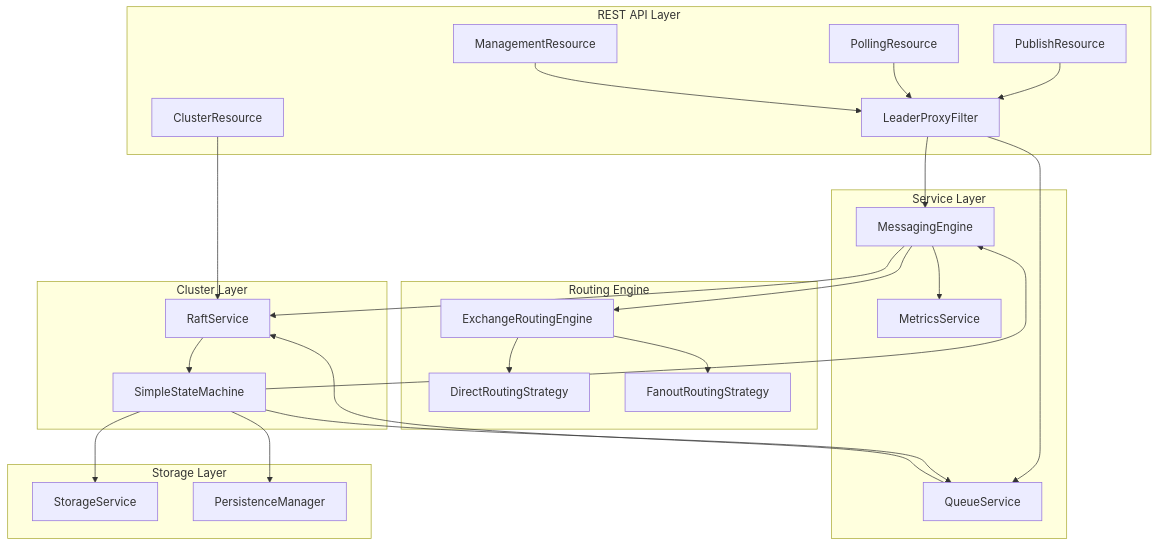
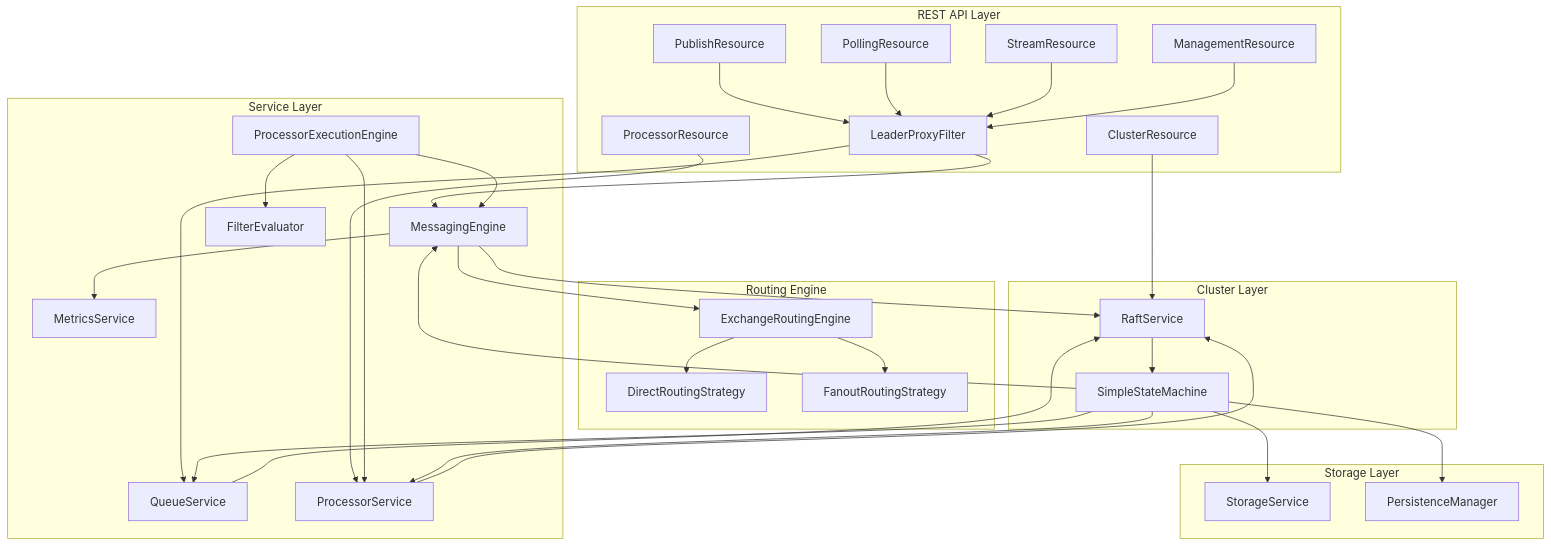
Before and after one commit to nadermedhet148/simpleMQ: the second of 9 diagrams in README.md, drawn with Mermaid. The commit also changed other lines of this file and 26 other files, not shown here.

Commit message:
Implement stream processing engine with support for filtering, aggregation (COUNT, SUM, LAST), JSON path extraction, and REST APIs for processor management.

````diff
--- a/README.md
+++ b/README.md
@@ -185,50 +257,62 @@
 ```mermaid
 graph TB
     subgraph API[REST API Layer]
         PR[PublishResource]
         POR[PollingResource]
+        SR[StreamResource]
+        PROC[ProcessorResource]
         MR[ManagementResource]
         CR[ClusterResource]
         LPF[LeaderProxyFilter]
     end
 
     subgraph SVC[Service Layer]
         ME[MessagingEngine]
         QS[QueueService]
+        PS[ProcessorService]
+        PEE[ProcessorExecutionEngine]
+        FE[FilterEvaluator]
         MetS[MetricsService]
     end
 
     subgraph RT[Routing Engine]
         ERE[ExchangeRoutingEngine]
         DIR[DirectRoutingStrategy]
         FAN[FanoutRoutingStrategy]
     end
 
     subgraph CL[Cluster Layer]
         RS[RaftService]
         SM[SimpleStateMachine]
     end
 
     subgraph STR[Storage Layer]
         SS[StorageService]
         PM[PersistenceManager]
     end
 
     PR --> LPF
     POR --> LPF
+    SR --> LPF
+    PROC --> PS
     MR --> LPF
     CR --> RS
     LPF --> ME
     LPF --> QS
     ME --> ERE
     ERE --> DIR
     ERE --> FAN
     ME --> RS
     QS --> RS
+    PS --> RS
+    PEE --> FE
+    PEE --> ME
+    PEE --> PS
     RS --> SM
     SM --> ME
     SM --> QS
+    SM --> PS
     SM --> SS
     SM --> PM
     ME --> MetS
 ```
````
